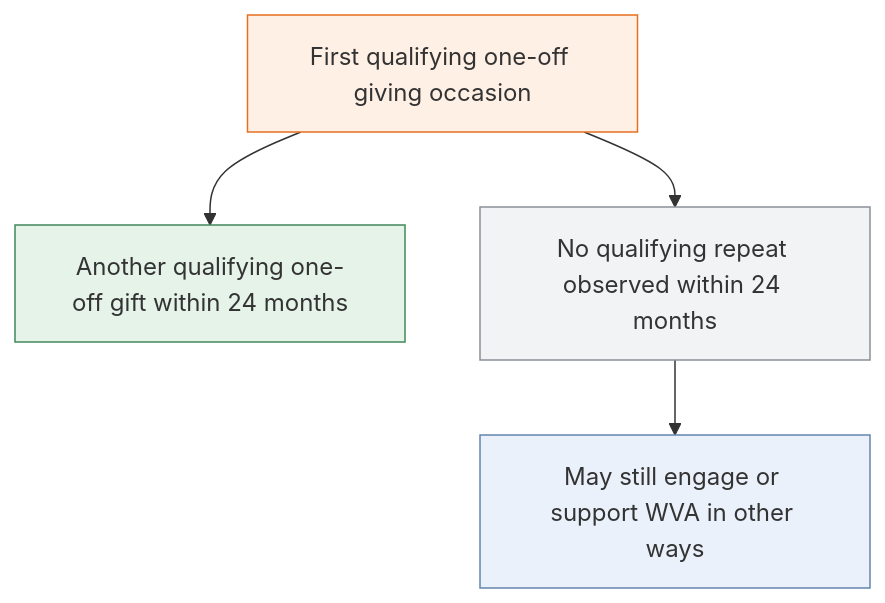
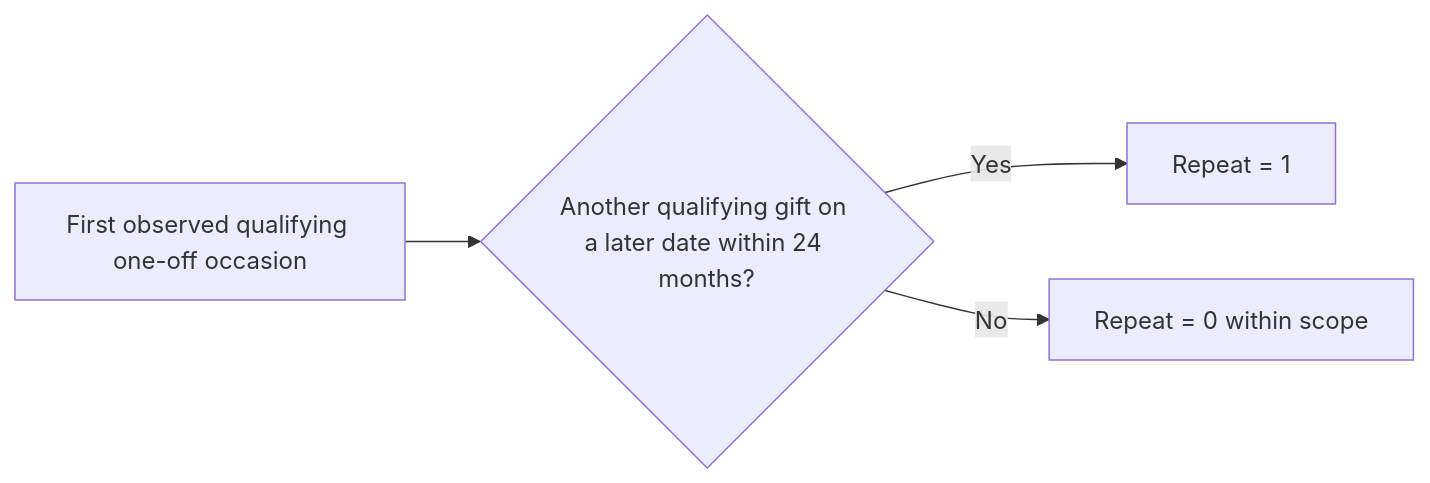
The diagram in 01-business-understanding.md (veenguyen2302-glitch/Using-Python-to-Analyse-Donor-Behaviour-and-Inform-Retention-Decisions), drawn with Mermaid before and after one commit. The commit also changed other lines of this file and 6 other files, not shown here.

````diff
--- a/01-business-understanding.md
+++ b/01-business-understanding.md
@@ -40,12 +28,6 @@
 ```mermaid
-flowchart TD
-    A["First qualifying one-off giving occasion"]
-    A --> B["Another qualifying one-off gift within 24 months"]
-    A --> C["No qualifying repeat observed within 24 months"]
-    C --> D["May still engage or support WVA in other ways"]
-
-    style A fill:#FFF0E6,stroke:#E76F21,color:#333
-    style B fill:#E5F3E8,stroke:#42885B,color:#333
-    style C fill:#F2F3F5,stroke:#8B9099,color:#333
-    style D fill:#EAF1FA,stroke:#6385AD,color:#333
+flowchart LR
+  A["First observed qualifying one-off occasion"] --> B{"Another qualifying gift on a later date within 24 months?"}
+  B -->|Yes| C["Repeat = 1"]
+  B -->|No| D["Repeat = 0 within scope"]
 ```
````
